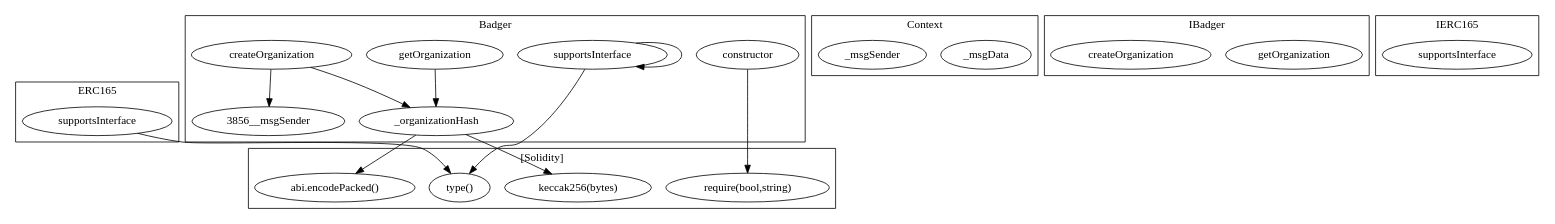
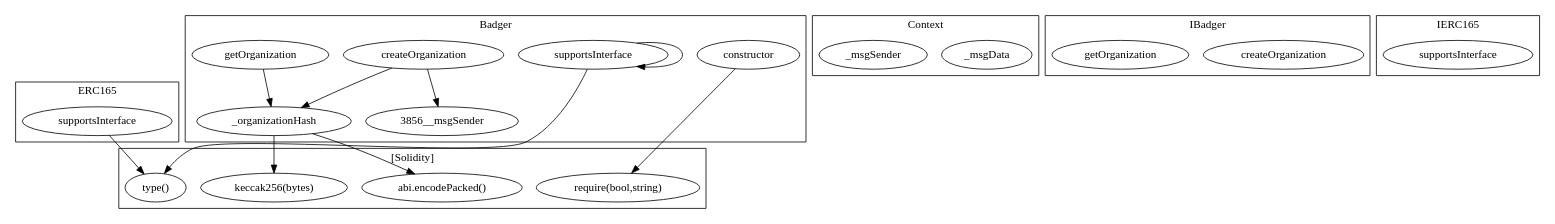
One commit to FlipsideCrypto/badger changed the diagram in contracts/build/...Badger.call-graph.dot. Above: the diagram before and after it, drawn with Graphviz. The commit also changed other lines of this file and 20 other files, not shown here.

```diff
--- a/contracts/build/...Badger.call-graph.dot
+++ b/contracts/build/...Badger.call-graph.dot
@@ -1,39 +1,39 @@
 strict digraph {
 subgraph cluster_3081_ERC165 {
 label = "ERC165"
 "3081_supportsInterface" [label="supportsInterface"]
 }subgraph cluster_2443_Context {
 label = "Context"
 "2443__msgData" [label="_msgData"]
 "2443__msgSender" [label="_msgSender"]
 }subgraph cluster_3856_Badger {
 label = "Badger"
+"3856__organizationHash" [label="_organizationHash"]
+"3856_createOrganization" [label="createOrganization"]
 "3856_supportsInterface" [label="supportsInterface"]
 "3856_getOrganization" [label="getOrganization"]
 "3856_constructor" [label="constructor"]
-"3856_createOrganization" [label="createOrganization"]
-"3856__organizationHash" [label="_organizationHash"]
-"3856_createOrganization" -> "3856__organizationHash"
 "3856_createOrganization" -> "3856__msgSender"
 "3856_supportsInterface" -> "3856_supportsInterface"
+"3856_createOrganization" -> "3856__organizationHash"
 "3856_getOrganization" -> "3856__organizationHash"
 }subgraph cluster_6452_IBadger {
 label = "IBadger"
+"6452_createOrganization" [label="createOrganization"]
 "6452_getOrganization" [label="getOrganization"]
-"6452_createOrganization" [label="createOrganization"]
 }subgraph cluster_3093_IERC165 {
 label = "IERC165"
 "3093_supportsInterface" [label="supportsInterface"]
 }subgraph cluster_solidity {
 label = "[Solidity]"
+"keccak256(bytes)" 
+"require(bool,string)" 
 "abi.encodePacked()" 
-"keccak256(bytes)" 
 "type()" 
-"require(bool,string)" 
-"3856_supportsInterface" -> "type()"
-"3081_supportsInterface" -> "type()"
-"3856_constructor" -> "require(bool,string)"
 "3856__organizationHash" -> "abi.encodePacked()"
 "3856__organizationHash" -> "keccak256(bytes)"
+"3856_constructor" -> "require(bool,string)"
+"3081_supportsInterface" -> "type()"
+"3856_supportsInterface" -> "type()"
 }
 }
```
